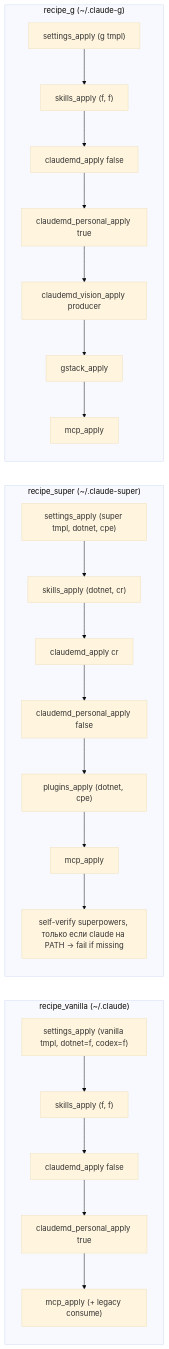
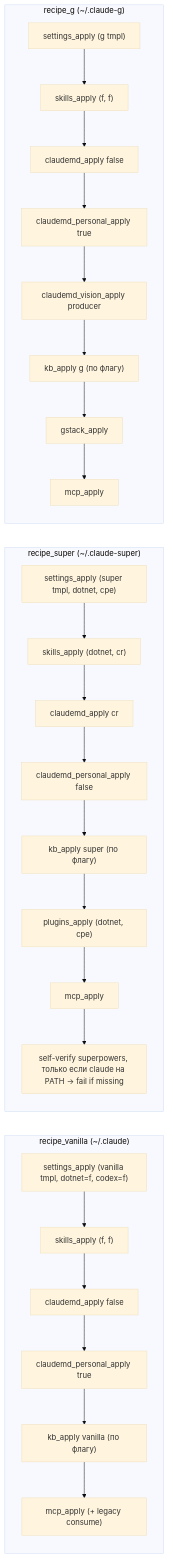
Before and after one commit to stpntkhnv/claudefiles: the fourth of 4 diagrams in docs/architecture.md, drawn with Mermaid (base theme). The commit also changed other lines of this file and 4 other files, not shown here.

First line of the commit message:
docs(kb): база знаний в README, схеме, диаграммах и инвариантах

````diff
--- a/docs/architecture.md
+++ b/docs/architecture.md
@@ -120,34 +129,37 @@
 ```mermaid
 flowchart LR
   subgraph V["recipe_vanilla (~/.claude)"]
     direction TB
     v1["settings_apply (vanilla tmpl, dotnet=f, codex=f)"]
     v2["skills_apply (f, f)"]
     v3["claudemd_apply false"]
     v4["claudemd_personal_apply true"]
+    v5["kb_apply vanilla (по флагу)"]
     v6["mcp_apply (+ legacy consume)"]
-    v1 --> v2 --> v3 --> v4 --> v6
+    v1 --> v2 --> v3 --> v4 --> v5 --> v6
   end
   subgraph S["recipe_super (~/.claude-super)"]
     direction TB
     s1["settings_apply (super tmpl, dotnet, cpe)"]
     s2["skills_apply (dotnet, cr)"]
     s3["claudemd_apply cr"]
     s4["claudemd_personal_apply false"]
+    s45["kb_apply super (по флагу)"]
     s5["plugins_apply (dotnet, cpe)"]
     s6["mcp_apply"]
     s7["self-verify superpowers, только если claude на PATH -> fail if missing"]
-    s1 --> s2 --> s3 --> s4 --> s5 --> s6 --> s7
+    s1 --> s2 --> s3 --> s4 --> s45 --> s5 --> s6 --> s7
   end
   subgraph G["recipe_g (~/.claude-g)"]
     direction TB
     g1["settings_apply (g tmpl)"]
     g2["skills_apply (f, f)"]
     g3["claudemd_apply false"]
     g4["claudemd_personal_apply true"]
     g5["claudemd_vision_apply producer"]
+    g55["kb_apply g (по флагу)"]
     g6["gstack_apply"]
     g7["mcp_apply"]
-    g1 --> g2 --> g3 --> g4 --> g5 --> g6 --> g7
+    g1 --> g2 --> g3 --> g4 --> g5 --> g55 --> g6 --> g7
   end
 ```
````
